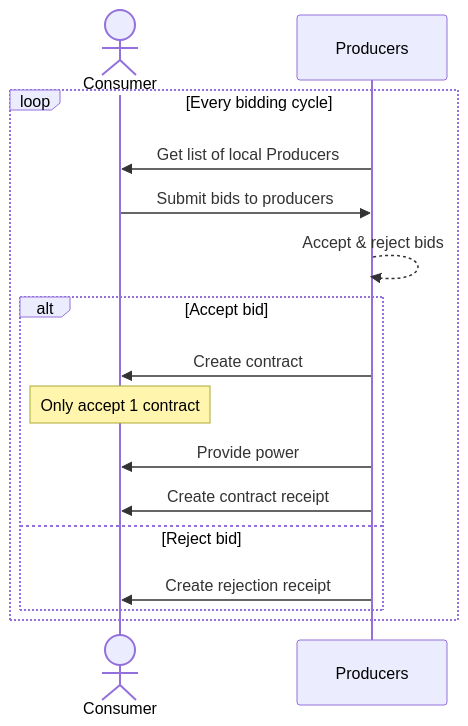
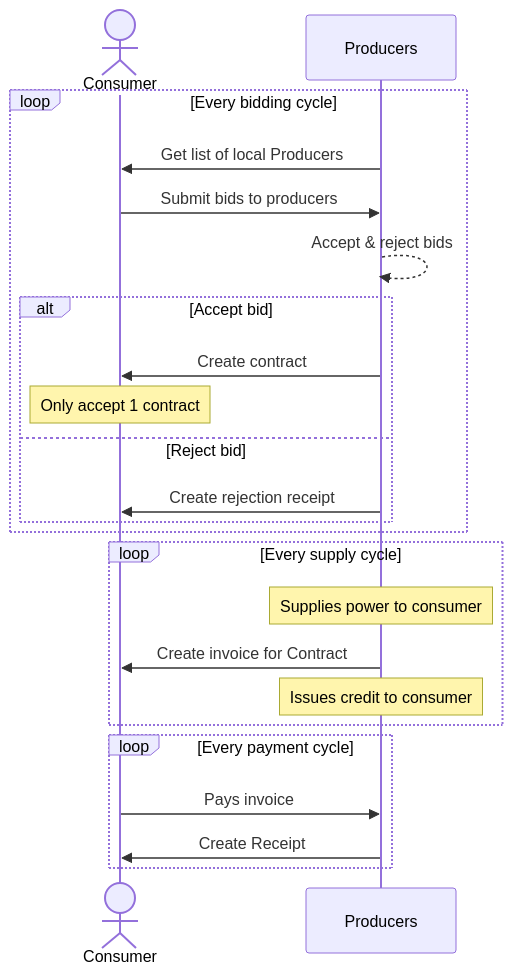
The first of 2 diagrams in SPEC.md (ioen-tech/ioen-micro-ledger), drawn with Mermaid before and after one commit. The commit also changed other lines of this file, not shown here.

Commit message:
Updated diagrams

````diff
--- a/SPEC.md
+++ b/SPEC.md
@@ -8,18 +8,25 @@
 ```mermaid
 sequenceDiagram
     actor C as Consumer
     participant P as Producers
     loop Every bidding cycle
         P->>C: Get list of local Producers
         C->>P: Submit bids to producers
         P-->>P: Accept & reject bids
         alt Accept bid
             P->>C: Create contract
             Note over C: Only accept 1 contract
-            P->>C: Provide power
-            P->>C: Create contract receipt
         else Reject bid
             P->>C: Create rejection receipt
         end
     end
+    loop Every supply cycle
+        Note over P: Supplies power to consumer
+        P->>C: Create invoice for Contract
+        Note over P: Issues credit to consumer
+    end
+    loop Every payment cycle
+        C->>P: Pays invoice
+        P->>C: Create Receipt
+    end
 ```
````
